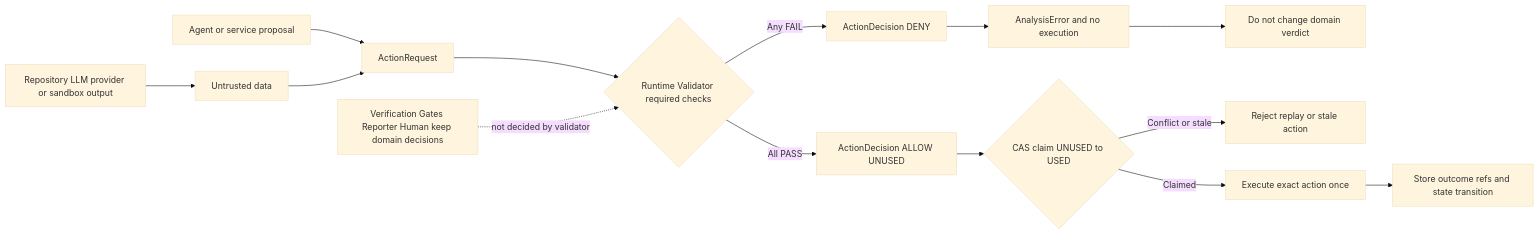
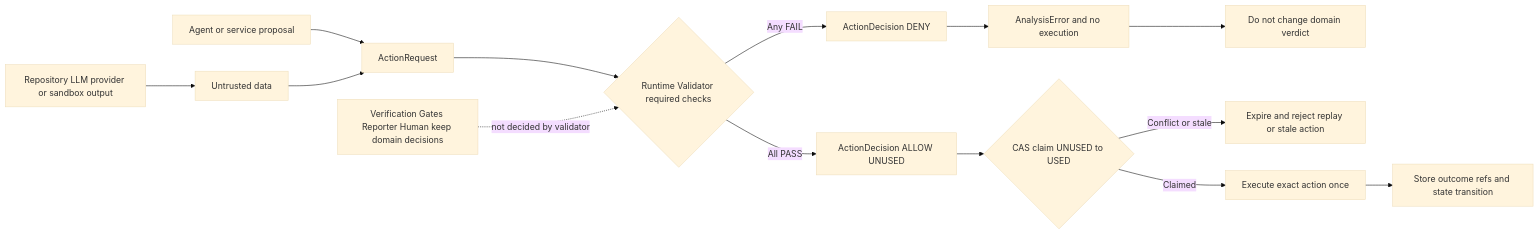
Before and after one commit to SASTsimi/sastsimi: diagram 12 of 13 in docs/architecture-v5/13-architecture-diagrams.md, drawn with Mermaid (base theme). The commit also changed 7 other files, not shown here.

````diff
--- a/docs/architecture-v5/13-architecture-diagrams.md
+++ b/docs/architecture-v5/13-architecture-diagrams.md
@@ -318,16 +318,16 @@
 ```mermaid
 flowchart LR
     INPUT[Repository LLM provider or sandbox output] --> UNTRUSTED[Untrusted data]
     AGENT[Agent or service proposal] --> REQUEST[ActionRequest]
     UNTRUSTED --> REQUEST
     REQUEST --> CHECK{Runtime Validator required checks}
     CHECK -->|Any FAIL| DENY[ActionDecision DENY]
     DENY --> ERROR[AnalysisError and no execution]
     ERROR --> KEEP[Do not change domain verdict]
     CHECK -->|All PASS| ALLOW[ActionDecision ALLOW UNUSED]
     ALLOW --> CLAIM{CAS claim UNUSED to USED}
-    CLAIM -->|Conflict or stale| REJECT[Reject replay or stale action]
+    CLAIM -->|Conflict or stale| REJECT[Expire and reject replay or stale action]
     CLAIM -->|Claimed| EXECUTE[Execute exact action once]
     EXECUTE --> OUTCOME[Store outcome refs and state transition]
     DOMAIN[Verification Gates Reporter Human keep domain decisions] -. not decided by validator .-> CHECK
 ```
````
